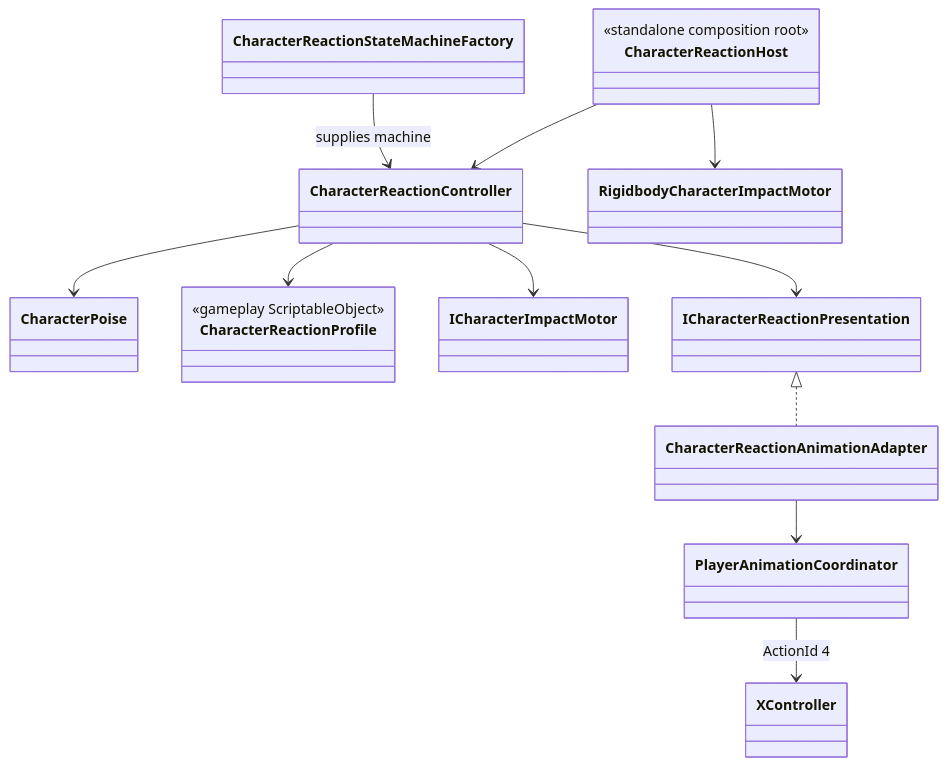
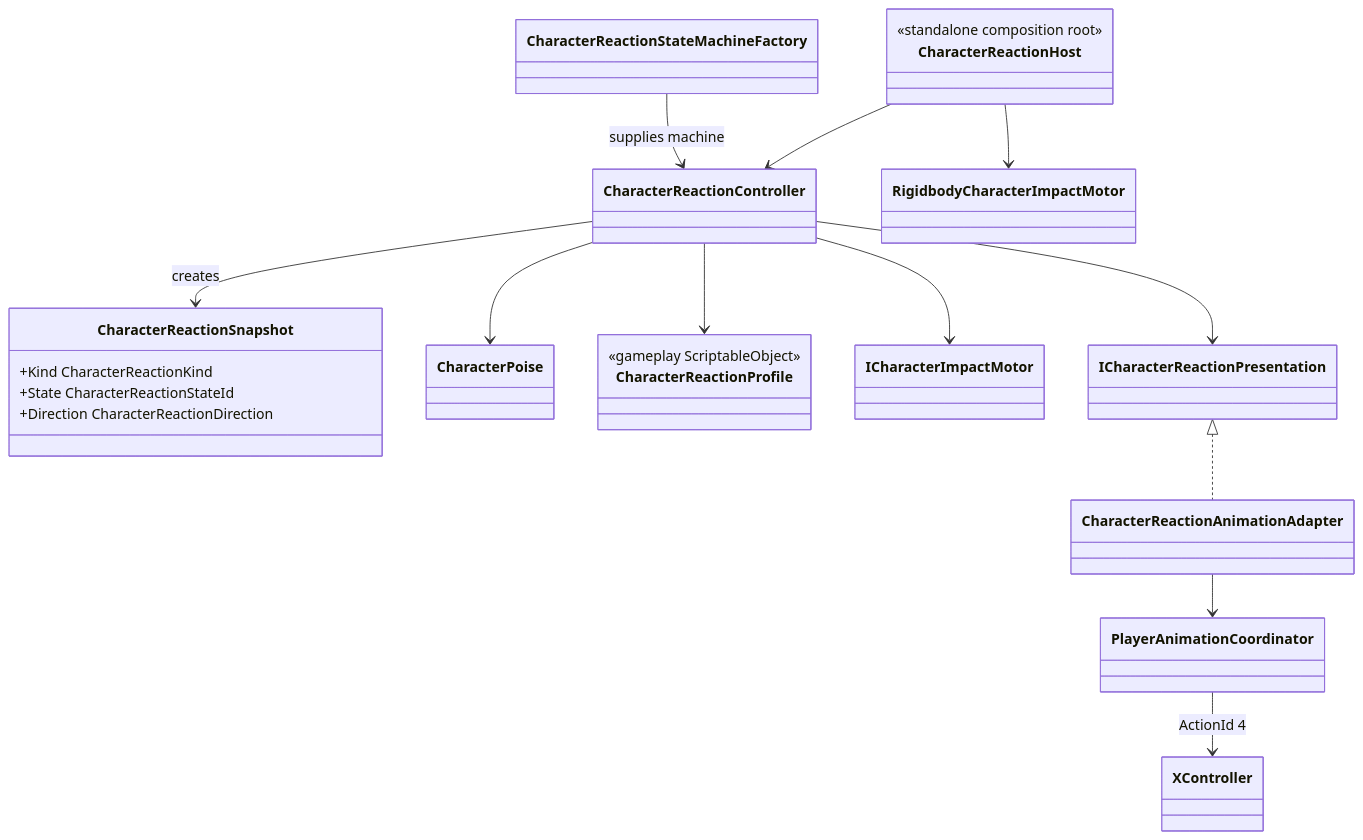
Before and after one commit to MaximFonariuc/project-s: the diagram in Assets/_App/Core/Runtime/Combat/Reactions/README.md, drawn with Mermaid. The commit also changed other lines of this file and 7 other files, not shown here.

````diff
--- a/Assets/_App/Core/Runtime/Combat/Reactions/README.md
+++ b/Assets/_App/Core/Runtime/Combat/Reactions/README.md
@@ -5,29 +5,35 @@
 ```mermaid
 classDiagram
     class CharacterReactionController
+    class CharacterReactionSnapshot {
+        +Kind CharacterReactionKind
+        +State CharacterReactionStateId
+        +Direction CharacterReactionDirection
+    }
     class CharacterPoise
     class CharacterReactionStateMachineFactory
     class CharacterReactionProfile {
         <<gameplay ScriptableObject>>
     }
     class ICharacterImpactMotor
     class ICharacterReactionPresentation
     class CharacterReactionAnimationAdapter
     class PlayerAnimationCoordinator
     class CharacterReactionHost {
         <<standalone composition root>>
     }
     class RigidbodyCharacterImpactMotor
     class XController
 
     CharacterReactionStateMachineFactory --> CharacterReactionController : supplies machine
+    CharacterReactionController --> CharacterReactionSnapshot : creates
     CharacterReactionController --> CharacterPoise
     CharacterReactionController --> CharacterReactionProfile
     CharacterReactionController --> ICharacterImpactMotor
     CharacterReactionController --> ICharacterReactionPresentation
     ICharacterReactionPresentation <|.. CharacterReactionAnimationAdapter
     CharacterReactionAnimationAdapter --> PlayerAnimationCoordinator
     PlayerAnimationCoordinator --> XController : ActionId 4
     CharacterReactionHost --> CharacterReactionController
     CharacterReactionHost --> RigidbodyCharacterImpactMotor
 ```
````
